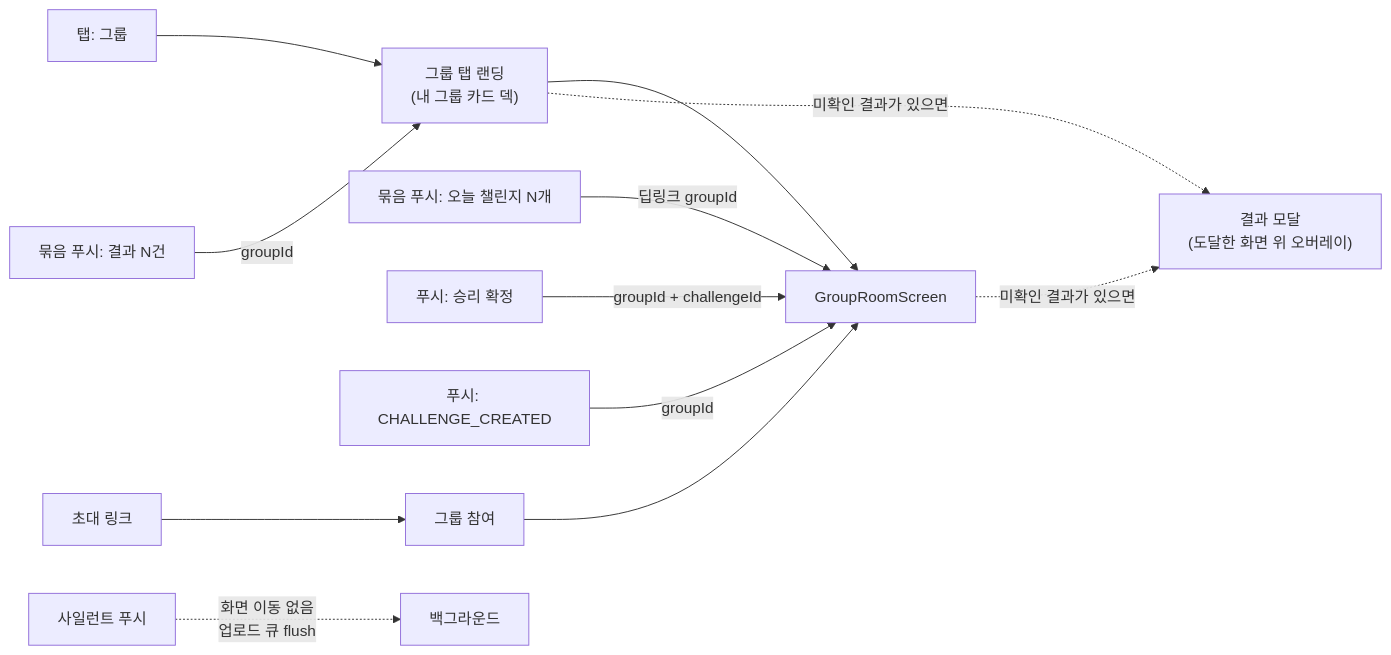
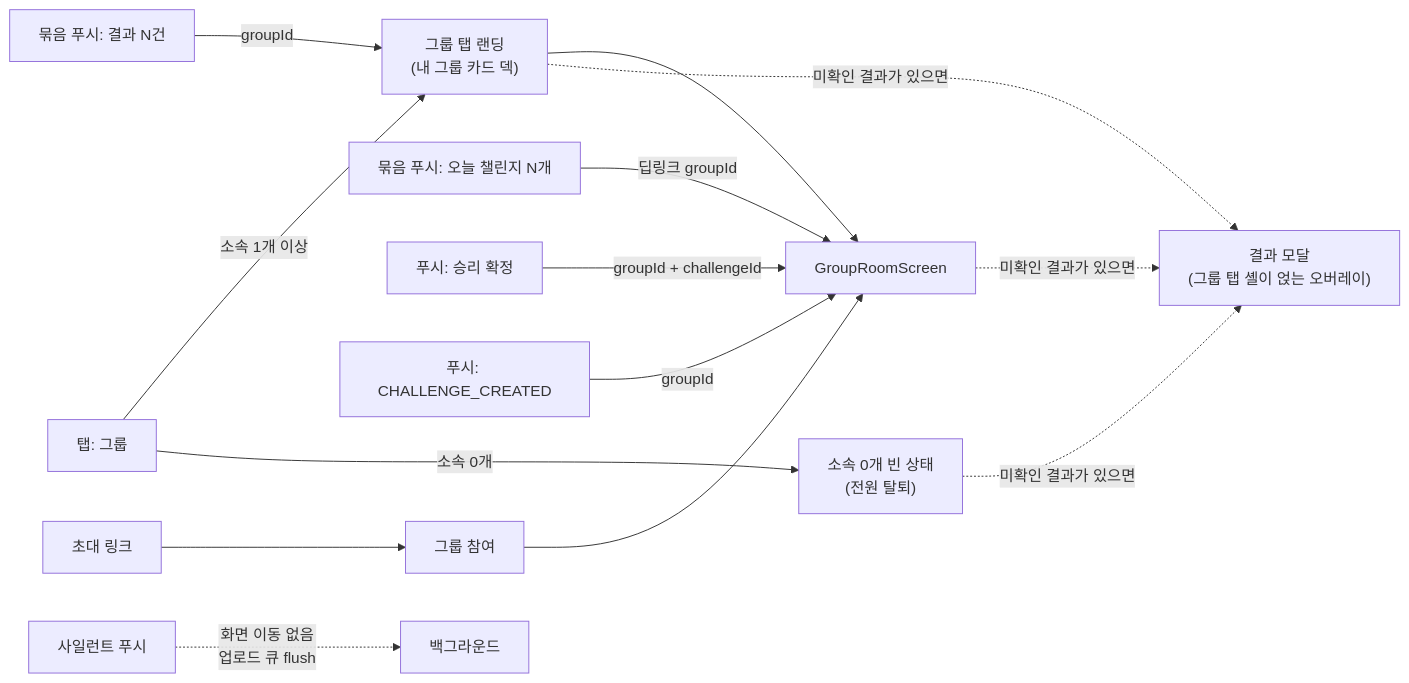
The eighth of 11 diagrams in docs/prd/challenge/information-architecture.md (OneOrThree/phone), drawn with Mermaid before and after one commit. The commit also changed other lines of this file and 4 other files, not shown here.

````diff
--- a/docs/prd/challenge/information-architecture.md
+++ b/docs/prd/challenge/information-architecture.md
@@ -369,16 +369,19 @@
 ```mermaid
 flowchart LR
-    E1["탭: 그룹"] --> GD
+    E1["탭: 그룹"] -->|"소속 1개 이상"| GD
     E2["묶음 푸시: 오늘 챌린지 N개"] -->|"딥링크 groupId"| GR
     E3["묶음 푸시: 결과 N건"] -->|"groupId"| GD
     E4["푸시: 승리 확정"] -->|"groupId + challengeId"| GR
     E5["푸시: CHALLENGE_CREATED"] -->|"groupId"| GR
     E6["초대 링크"] --> GJ["그룹 참여"] --> GR
     E7["사일런트 푸시"] -.->|"화면 이동 없음<br/>업로드 큐 flush"| BG["백그라운드"]
 
     GD["그룹 탭 랜딩<br/>(내 그룹 카드 덱)"] --> GR
     GR["GroupRoomScreen"]
+    GZ["소속 0개 빈 상태<br/>(전원 탈퇴)"]
     GD -.->|"미확인 결과가 있으면"| RM
     GR -.->|"미확인 결과가 있으면"| RM
-    RM["결과 모달<br/>(도달한 화면 위 오버레이)"]
+    GZ -.->|"미확인 결과가 있으면"| RM
+    E1 -->|"소속 0개"| GZ
+    RM["결과 모달<br/>(그룹 탭 셸이 얹는 오버레이)"]
 ```
````
